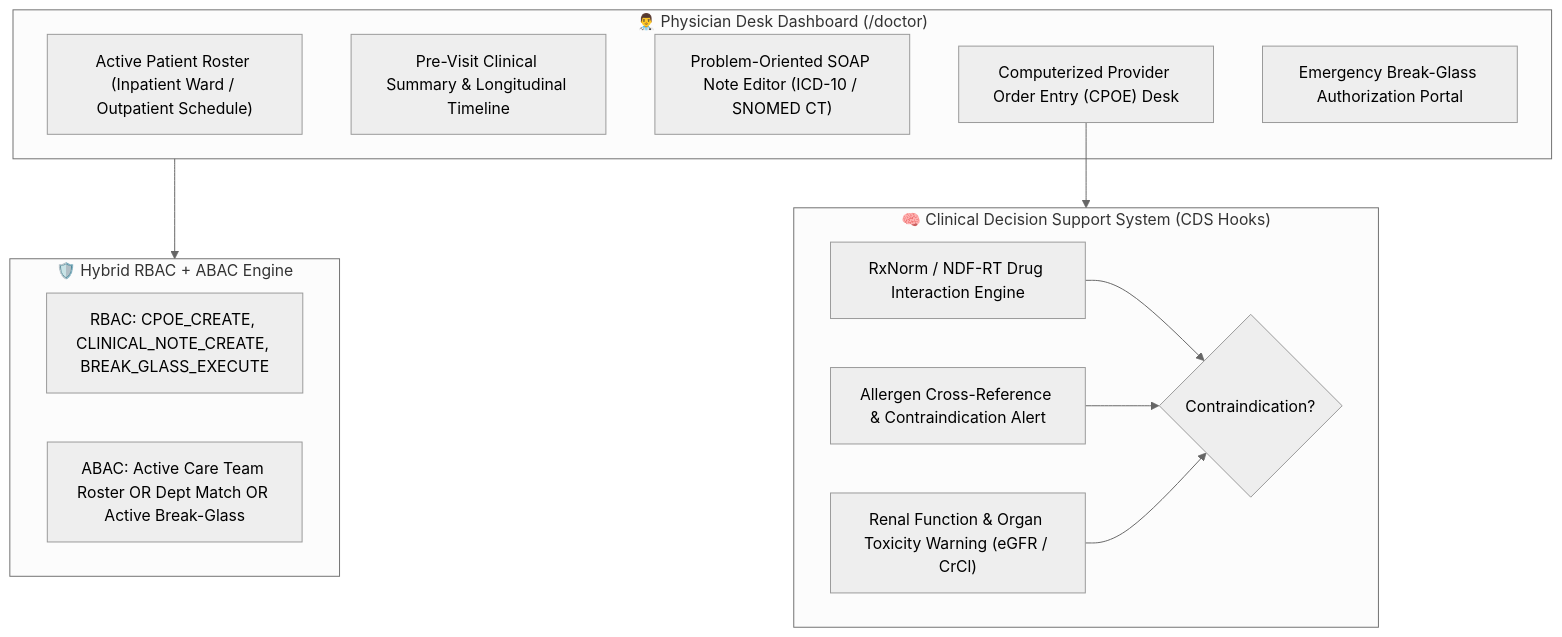
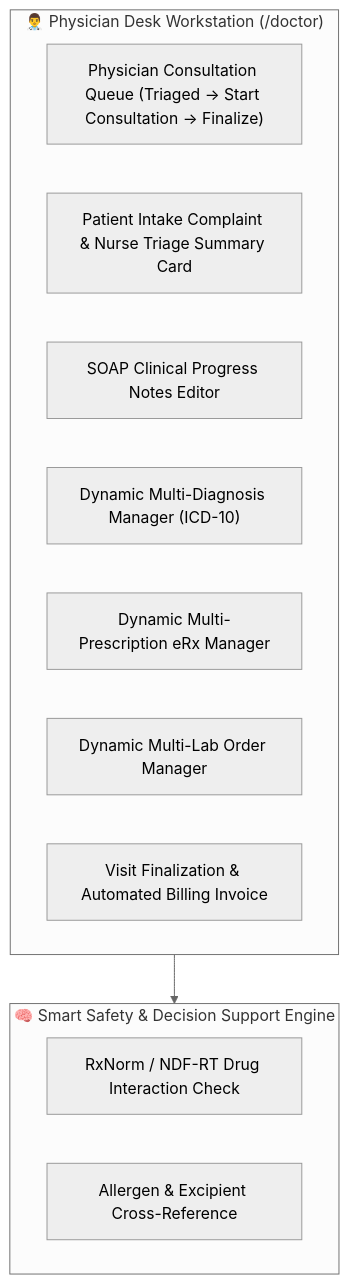
One commit to kamranxdev/Sentinel-EHR changed the diagram in docs/workspaces/doctor-workspace-spec.md. Above: the diagram before and after it, drawn with Mermaid (neutral theme). The commit also changed other lines of this file and 17 other files, not shown here.

Commit message:
feat: implement nurse triage vitals intake flow and update appointment staging status to IN_CONSULTATION

````diff
--- a/docs/workspaces/doctor-workspace-spec.md
+++ b/docs/workspaces/doctor-workspace-spec.md
@@ -11,25 +11,19 @@
 ```mermaid
 flowchart TD
-    subgraph Physician_Desk ["👨‍⚕️ Physician Desk Dashboard (/doctor)"]
-        MyRoster["Active Patient Roster (Inpatient Ward / Outpatient Schedule)"]
-        PreVisit["Pre-Visit Clinical Summary & Longitudinal Timeline"]
-        POMR_Notes["Problem-Oriented SOAP Note Editor (ICD-10 / SNOMED CT)"]
-        CPOE_Engine["Computerized Provider Order Entry (CPOE) Desk"]
-        BreakGlassUI["Emergency Break-Glass Authorization Portal"]
+    subgraph Physician_Desk ["👨‍⚕️ Physician Desk Workstation (/doctor)"]
+        Queue["Physician Consultation Queue (Triaged → Start Consultation → Finalize)"]
+        Card["Patient Intake Complaint & Nurse Triage Summary Card"]
+        SOAP["SOAP Clinical Progress Notes Editor"]
+        MultiDiag["Dynamic Multi-Diagnosis Manager (ICD-10)"]
+        MultieRx["Dynamic Multi-Prescription eRx Manager"]
+        MultiLab["Dynamic Multi-Lab Order Manager"]
+        Billing["Visit Finalization & Automated Billing Invoice"]
     end
 
-    subgraph Decision_Support ["🧠 Clinical Decision Support System (CDS Hooks)"]
-        RxSafety["RxNorm / NDF-RT Drug Interaction Engine"]
-        AllergyCheck["Allergen Cross-Reference & Contraindication Alert"]
-        LabCheck["Renal Function & Organ Toxicity Warning (eGFR / CrCl)"]
-        RxSafety & AllergyCheck & LabCheck --> SafetyDecision{Contraindication?}
+    subgraph Decision_Support ["🧠 Smart Safety & Decision Support Engine"]
+        RxSafety["RxNorm / NDF-RT Drug Interaction Check"]
+        AllergyCheck["Allergen & Excipient Cross-Reference"]
     end
 
-    subgraph Target_Security ["🛡️ Hybrid RBAC + ABAC Engine"]
-        RBAC["RBAC: CPOE_CREATE, CLINICAL_NOTE_CREATE, BREAK_GLASS_EXECUTE"]
-        ABAC["ABAC: Active Care Team Roster OR Dept Match OR Active Break-Glass"]
-    end
-
-    Physician_Desk --> Target_Security
-    CPOE_Engine --> Decision_Support
+    Physician_Desk --> Decision_Support
 ```
````
